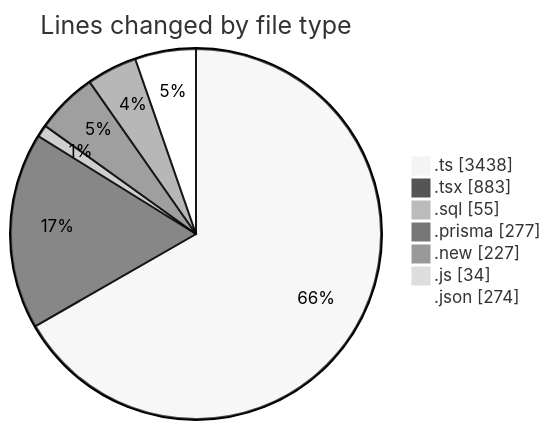
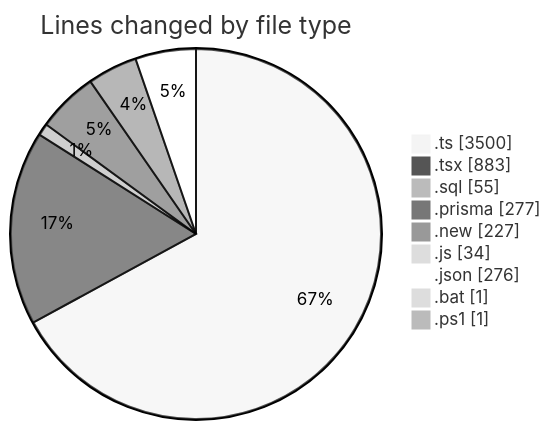
The first of 2 diagrams in 2025-06-03/ecodeli-1/README.md (CELIANVF/code-tracking), drawn with Mermaid (neutral theme) before and after one commit. The commit also changed other lines of this file and 1 other file, not shown here.

````diff
--- a/2025-06-03/ecodeli-1/README.md
+++ b/2025-06-03/ecodeli-1/README.md
@@ -44,11 +46,13 @@
 ```mermaid
 pie showData
 title Lines changed by file type
-".ts" : 3438
+".ts" : 3500
 ".tsx" : 883
 ".sql" : 55
 ".prisma" : 277
 ".new" : 227
 ".js" : 34
-".json" : 274
+".json" : 276
+".bat" : 1
+".ps1" : 1
 ```
````
